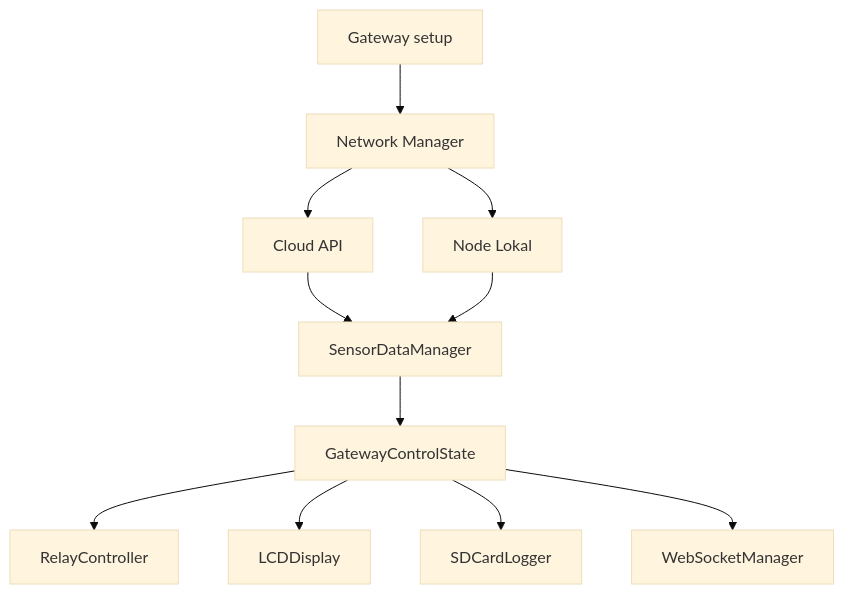
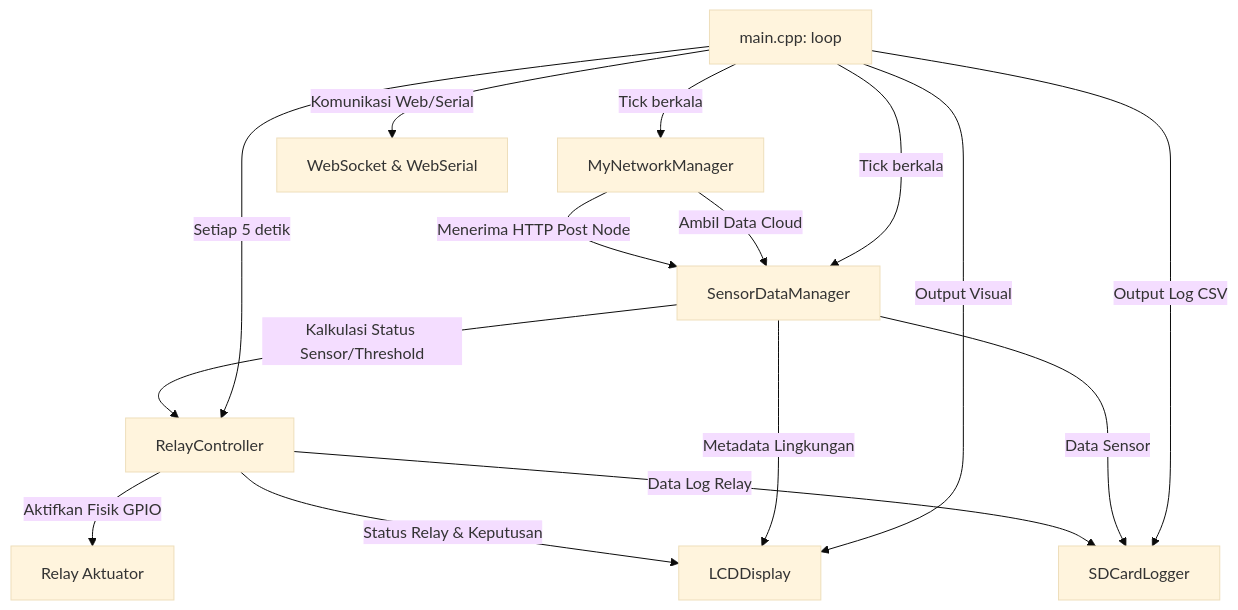
One commit to dhimasardinata/ta-iot-greenhouse-docs changed the diagram in src/content/docs/07-firmware-gateway/overview.md. Above: the diagram before and after it, drawn with Mermaid (base theme). The commit also changed other lines of this file and 34 other files, not shown here.

````diff
--- a/src/content/docs/07-firmware-gateway/overview.md
+++ b/src/content/docs/07-firmware-gateway/overview.md
@@ -38,13 +54,22 @@
 ```mermaid
 flowchart TD
-    A[Gateway setup] --> B[Network Manager]
-    B --> C[Cloud API]
-    B --> D[Node Lokal]
-    C --> E[SensorDataManager]
-    D --> E
-    E --> F[GatewayControlState]
-    F --> G[RelayController]
-    F --> H[LCDDisplay]
-    F --> I[SDCardLogger]
-    F --> J[WebSocketManager]
+    A[main.cpp: loop] -->|Tick berkala| B[MyNetworkManager]
+    A -->|Tick berkala| C[SensorDataManager]
+    A -->|Setiap 5 detik| D[RelayController]
+
+    B -->|Ambil Data Cloud| C
+    B -->|Menerima HTTP Post Node| C
+
+    C -->|Kalkulasi Status Sensor/Threshold| D
+
+    D -->|Aktifkan Fisik GPIO| E[Relay Aktuator]
+
+    A -->|Output Visual| F[LCDDisplay]
+    A -->|Output Log CSV| G[SDCardLogger]
+    A -->|Komunikasi Web/Serial| H[WebSocket & WebSerial]
+
+    C -->|Metadata Lingkungan| F
+    D -->|Status Relay & Keputusan| F
+    C -->|Data Sensor| G
+    D -->|Data Log Relay| G
 ```
````
